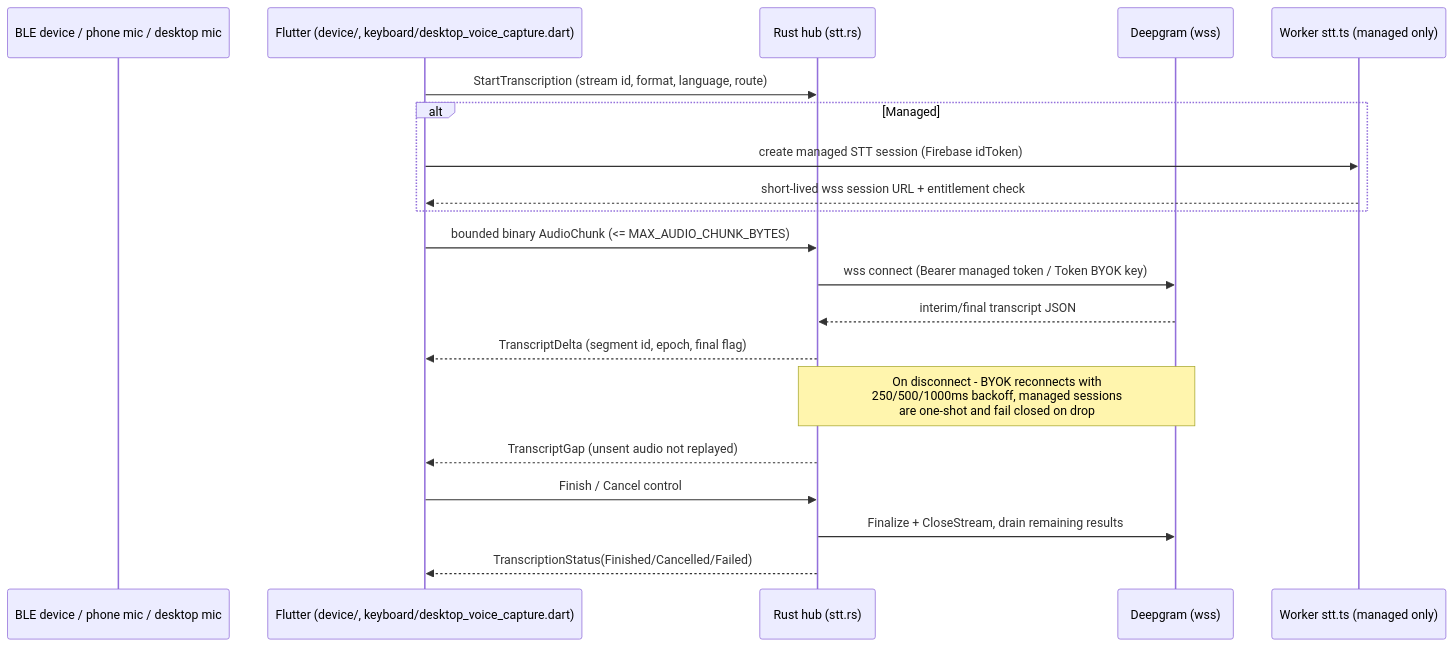
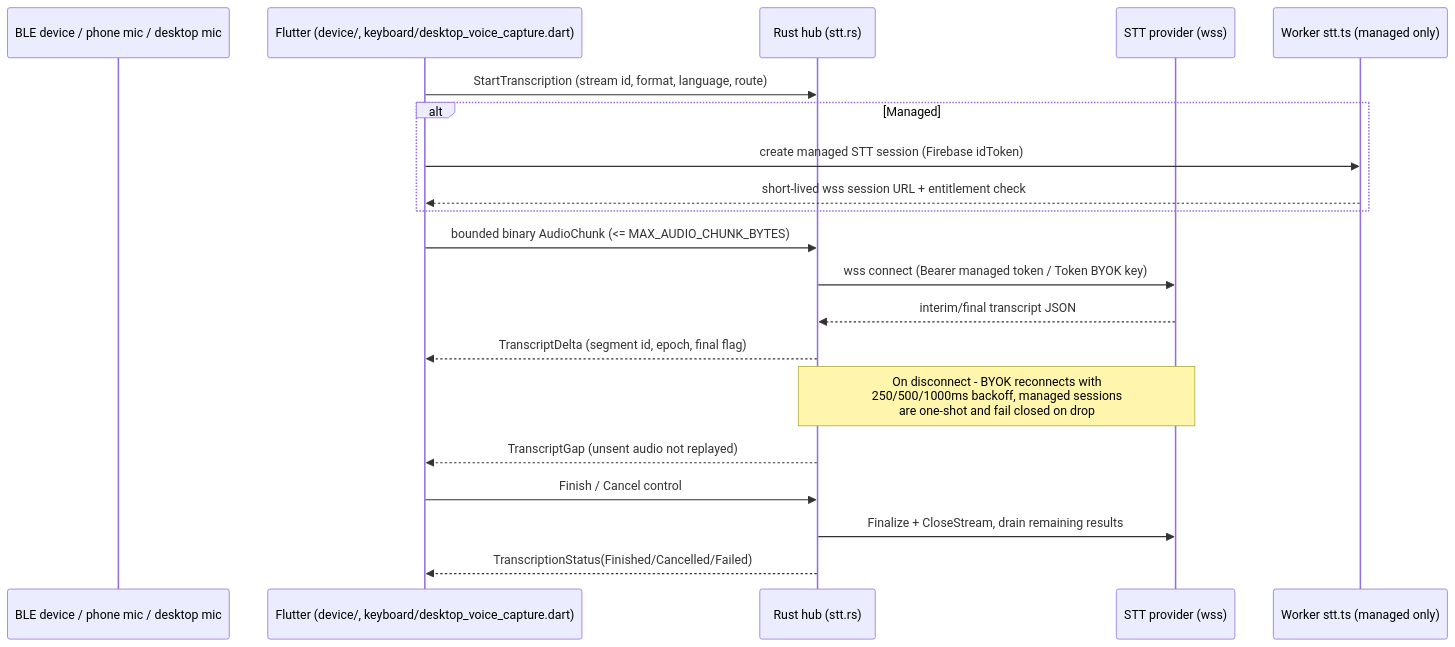
One commit to undivisible/omi-v4 changed the fifth of 12 diagrams in ARCHITECTURE.md. Above: the diagram before and after it, drawn with Mermaid. The commit also changed other lines of this file, not shown here.

First line of the commit message:
docs: fix mermaid parse errors, reflect Gemini Live and MiMo ASR stack

````diff
--- a/ARCHITECTURE.md
+++ b/ARCHITECTURE.md
@@ -160,23 +160,23 @@
 ```mermaid
 sequenceDiagram
     participant Mic as BLE device / phone mic / desktop mic
     participant App as Flutter (device/, keyboard/desktop_voice_capture.dart)
     participant Hub as Rust hub (stt.rs)
-    participant DG as Deepgram (wss)
+    participant DG as STT provider (wss)
     participant W as Worker stt.ts (managed only)
 
     App->>Hub: StartTranscription (stream id, format, language, route)
     alt Managed
         App->>W: create managed STT session (Firebase idToken)
         W-->>App: short-lived wss session URL + entitlement check
     end
     App->>Hub: bounded binary AudioChunk (<= MAX_AUDIO_CHUNK_BYTES)
     Hub->>DG: wss connect (Bearer managed token / Token BYOK key)
     DG-->>Hub: interim/final transcript JSON
     Hub-->>App: TranscriptDelta (segment id, epoch, final flag)
     Note over Hub,DG: On disconnect - BYOK reconnects with<br/>250/500/1000ms backoff, managed sessions<br/>are one-shot and fail closed on drop
     Hub-->>App: TranscriptGap (unsent audio not replayed)
     App->>Hub: Finish / Cancel control
     Hub->>DG: Finalize + CloseStream, drain remaining results
     Hub-->>App: TranscriptionStatus(Finished/Cancelled/Failed)
 ```
````
